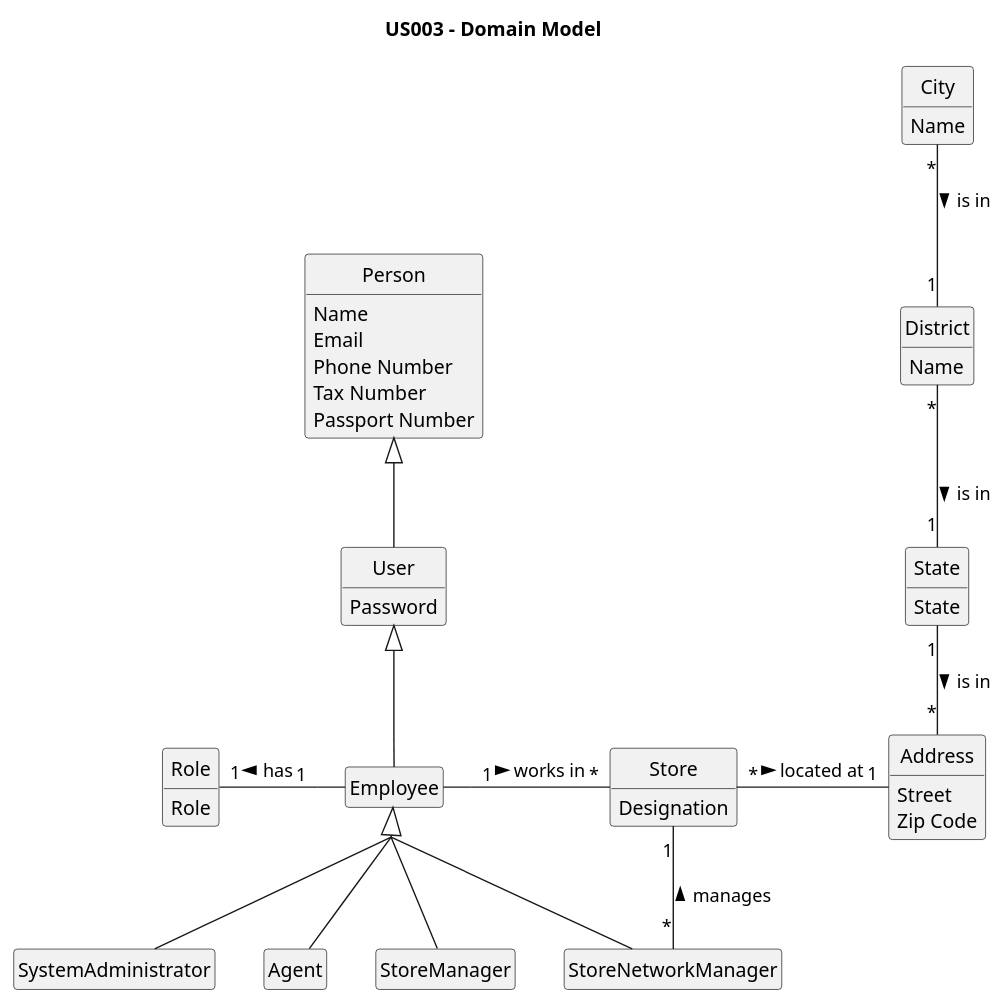
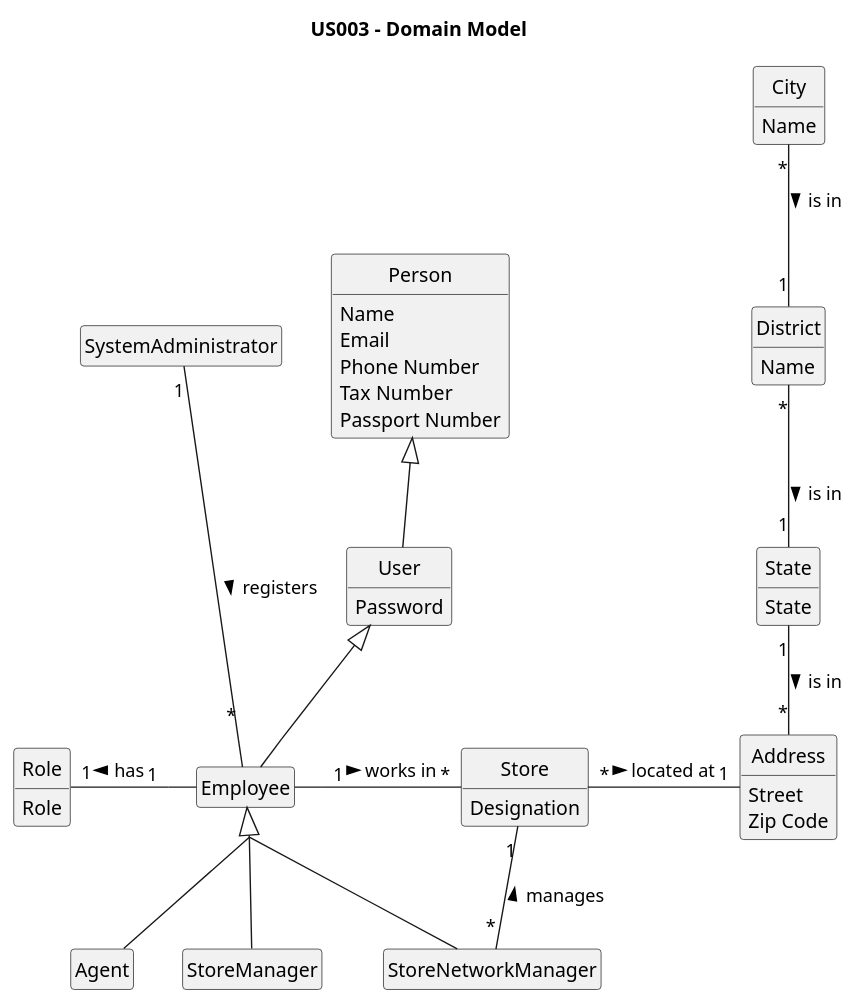
Before and after one commit to PureNimble/ISEP-LAPR2: the diagram in docs/sprintB/US03/02.analysis/puml/us03-domain-model.puml, drawn with PlantUML.

Commit message:
US03-Updating Domain Model

```diff
--- a/docs/sprintB/US03/02.analysis/puml/us03-domain-model.puml
+++ b/docs/sprintB/US03/02.analysis/puml/us03-domain-model.puml
@@ -1,108 +1,109 @@
 @startuml
 'https://plantuml.com/class-diagram
 
 title US003 - Domain Model
 
 skinparam monochrome true
 skinparam packageStyle rectangle
 skinparam shadowing false
 hide empty members
 skinparam groupInheritance 3
 hide circle
 
 class SystemAdministrator
 
 class User
 
 class Employee
 
 class Role
 
 class SystemAdministrator
 
 class Agent
 
 class StoreManager
 
 class StoreNetworkManager
 
 class Store
 
 class Address
 
 class Person
 
 class Person{
 Name
 Email
 Phone Number
 Tax Number
 Passport Number
 }
 
 
 class User{
 Password
 }
 
 class Role {
 Role
 }
 
 class Store {
 Designation
 
 }
 
 class Address {
 Street
 Zip Code
 }
 
 class District{
 Name
 }
 
 class City{
 Name
 }
 
 class State{
 State
 }
 
 class SystemAdministrator {
 }
 
 class Employee {
 
 }
 
 
 
 Person <|-- User
 
 
 User <|-- Employee
 
 Employee <|-- Agent
 Employee <|-- StoreNetworkManager
 Employee <|-- StoreManager
-Employee <|-- SystemAdministrator
+
+SystemAdministrator "1" --- "*" Employee: registers >
 
 
 Store "*" - "1" Address : located at >
 Employee "1" - "*" Store : works in >
 
 Employee "1" -left "1" Role : has >
 
 Store "1" -- "*" StoreNetworkManager : manages <
 
 State "1" -- "*" Address : is in >
 
 District "*" -- "1" State : is in >
 
 City "*" -- "1" District :is in >
 
 
 @enduml
```
